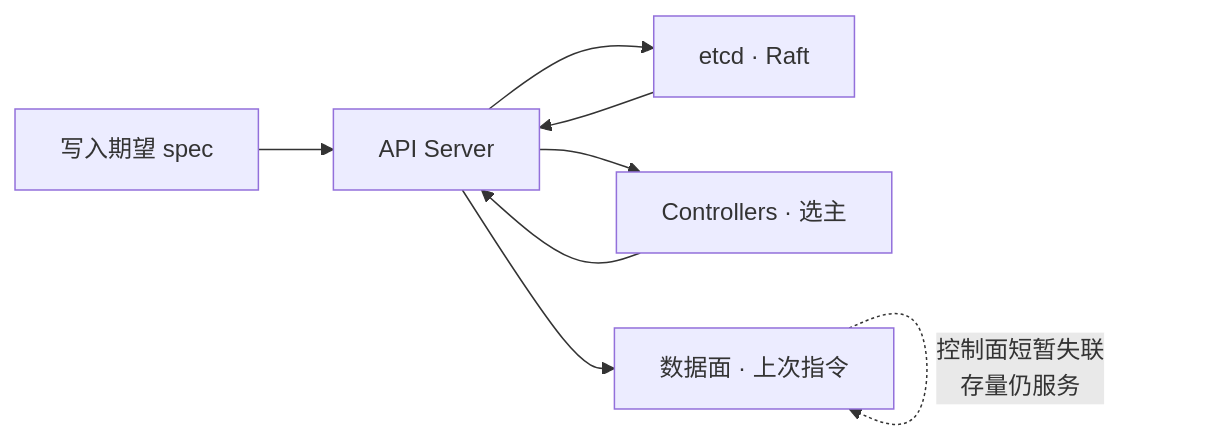
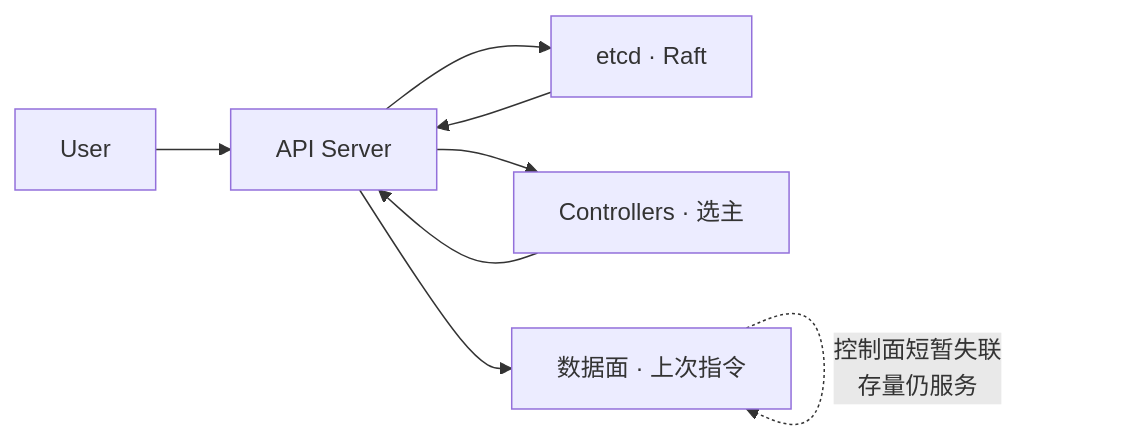
One commit to xiaxinyu/knowledge_base changed the second of 3 diagrams in 20-architecture/23-kubernetes-control-plane-doctrine.md. Above: the diagram before and after it, drawn with Mermaid. The commit also changed other lines of this file and 9 other files, not shown here.

````diff
--- a/20-architecture/23-kubernetes-control-plane-doctrine.md
+++ b/20-architecture/23-kubernetes-control-plane-doctrine.md
@@ -223,13 +224,13 @@
 ```mermaid
+%% 调谐循环：用户写 spec → apiserver → 控制器对比当前态与期望态 → 驱动趋近
 flowchart LR
-  User["写入期望 spec"]
   API["API Server"]
   ETCD["etcd · Raft"]
   Ctrl["Controllers · 选主"]
   Node["数据面 · 上次指令"]
 
   User --> API --> ETCD
   ETCD --> API
   API --> Ctrl --> API --> Node
   Node -.->|"控制面短暂失联<br/>存量仍服务"| Node
 ```
````
